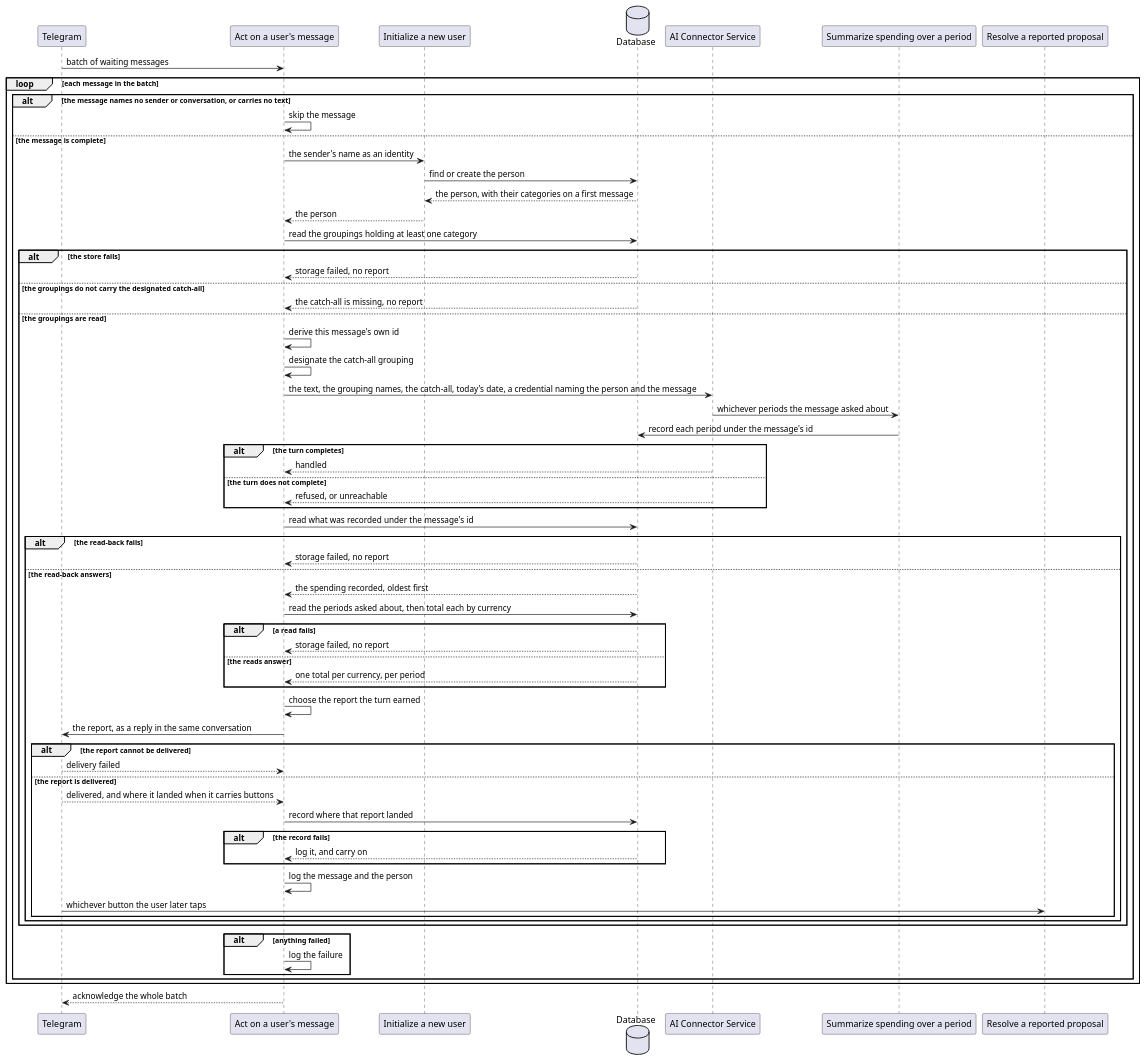
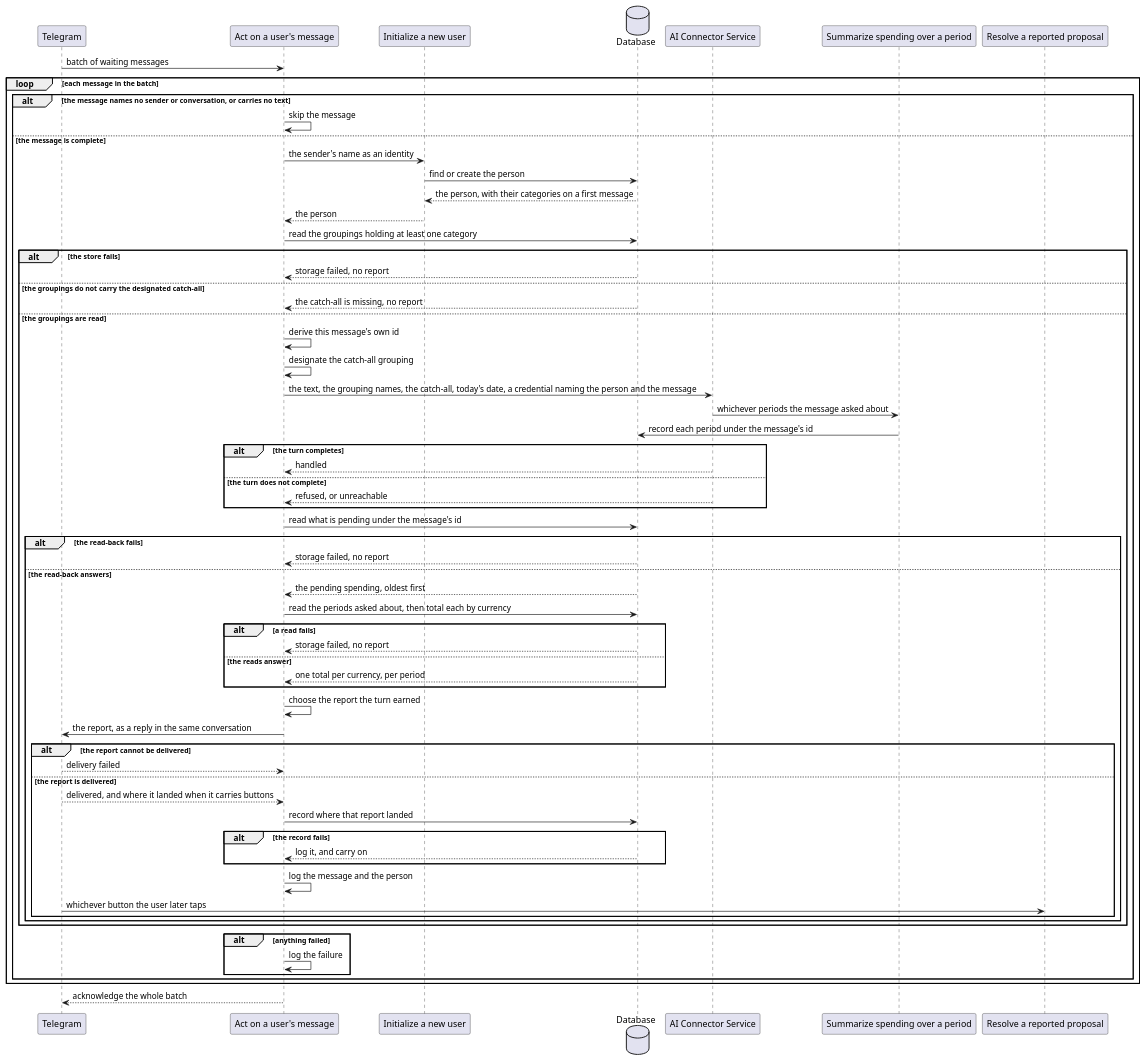
The second of 2 diagrams in ledger-service/docs/usecases/handle-incoming-message.md (ds-usova/finance-bot), drawn with PlantUML before and after one commit. The commit also changed other lines of this file and 27 other files, not shown here.

````diff
--- a/ledger-service/docs/usecases/handle-incoming-message.md
+++ b/ledger-service/docs/usecases/handle-incoming-message.md
@@ -164,71 +158,71 @@
 ```plantuml
 @startuml ActOnUserMessage-Sequence
 participant "Telegram" as TG
 participant "Act on a user's message" as UC
 participant "Initialize a new user" as IU
 database "Database" as DB
 participant "AI Connector Service" as AI
 participant "Summarize spending over a period" as SS
 participant "Resolve a reported proposal" as RP
 
 TG -> UC : batch of waiting messages
 
 loop each message in the batch
   alt the message names no sender or conversation, or carries no text
     UC -> UC : skip the message
   else the message is complete
     UC -> IU : the sender's name as an identity
     IU -> DB : find or create the person
     DB --> IU : the person, with their categories on a first message
     IU --> UC : the person
     UC -> DB : read the groupings holding at least one category
     alt the store fails
       DB --> UC : storage failed, no report
     else the groupings do not carry the designated catch-all
       DB --> UC : the catch-all is missing, no report
     else the groupings are read
       UC -> UC : derive this message's own id
       UC -> UC : designate the catch-all grouping
       UC -> AI : the text, the grouping names, the catch-all, today's date, a credential naming the person and the message
       AI -> SS : whichever periods the message asked about
       SS -> DB : record each period under the message's id
       alt the turn completes
         AI --> UC : handled
       else the turn does not complete
         AI --> UC : refused, or unreachable
       end
-      UC -> DB : read what was recorded under the message's id
+      UC -> DB : read what is pending under the message's id
       alt the read-back fails
         DB --> UC : storage failed, no report
       else the read-back answers
-        DB --> UC : the spending recorded, oldest first
+        DB --> UC : the pending spending, oldest first
         UC -> DB : read the periods asked about, then total each by currency
         alt a read fails
           DB --> UC : storage failed, no report
         else the reads answer
           DB --> UC : one total per currency, per period
         end
         UC -> UC : choose the report the turn earned
         UC -> TG : the report, as a reply in the same conversation
         alt the report cannot be delivered
           TG --> UC : delivery failed
         else the report is delivered
           TG --> UC : delivered, and where it landed when it carries buttons
           UC -> DB : record where that report landed
           alt the record fails
             DB --> UC : log it, and carry on
           end
           UC -> UC : log the message and the person
           TG -> RP : whichever button the user later taps
         end
       end
     end
     alt anything failed
       UC -> UC : log the failure
     end
   end
 end
 
 UC --> TG : acknowledge the whole batch
 @enduml
 ```
````
